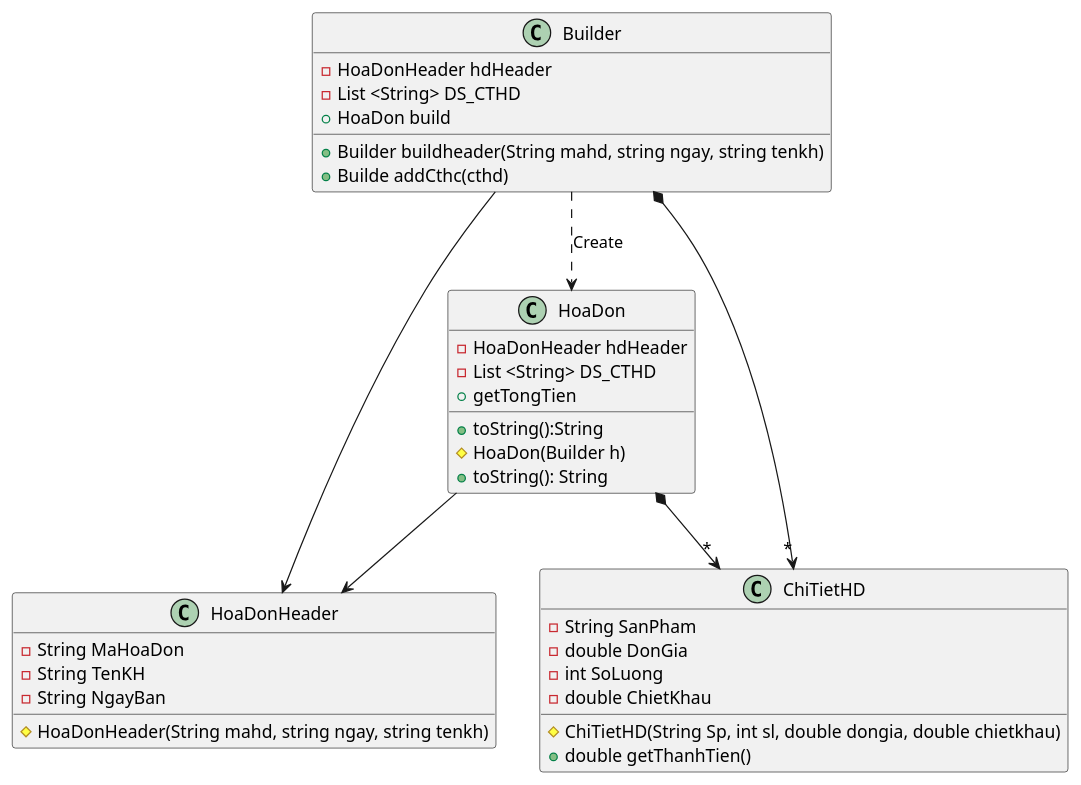
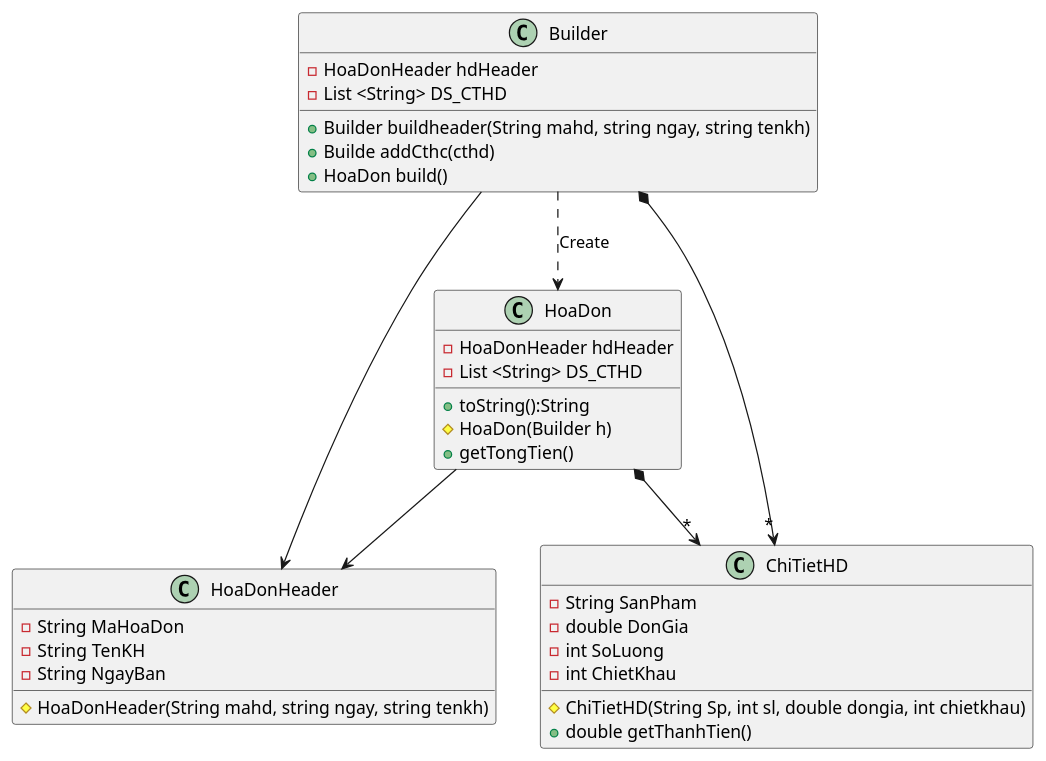
One commit to TuanKiet1774/Lap-Trinh-Java changed the diagram in baitap_a1/diagram.puml. Above: the diagram before and after it, drawn with PlantUML. The commit also changed 44 other files, not shown here.

```diff
--- a/baitap_a1/diagram.puml
+++ b/baitap_a1/diagram.puml
@@ -1,44 +1,43 @@
 @startuml
 'https://plantuml.com/sequence-diagram
 
 class Builder{
     - HoaDonHeader hdHeader
     - List <String> DS_CTHD
     + Builder buildheader(String mahd, string ngay, string tenkh)
     + Builde addCthc(cthd)
-    + HoaDon build
+    + HoaDon build()
 }
 
 class HoaDon{
     - HoaDonHeader hdHeader
     - List <String> DS_CTHD
     + toString():String
     # HoaDon(Builder h)
-    +getTongTien
-    +toString(): String
+    + getTongTien()
 }
 
 class HoaDonHeader{
     - String MaHoaDon
     - String TenKH
     - String NgayBan
     # HoaDonHeader(String mahd, string ngay, string tenkh)
 }
 
 class ChiTietHD{
     - String SanPham
     - double DonGia
     - int SoLuong
-    - double ChietKhau
-    #ChiTietHD(String Sp, int sl, double dongia, double chietkhau)
+    - int ChietKhau
+    #ChiTietHD(String Sp, int sl, double dongia, int chietkhau)
     +double getThanhTien()
 
 }
 
 Builder ..> HoaDon: Create
 HoaDon --> HoaDonHeader
 HoaDon *--> "*" ChiTietHD
 Builder --> HoaDonHeader
 Builder *--> "*" ChiTietHD
 
 @enduml
```
